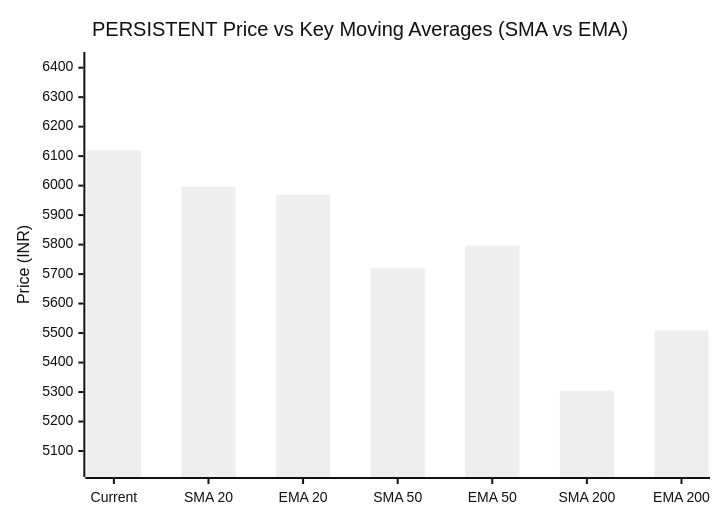
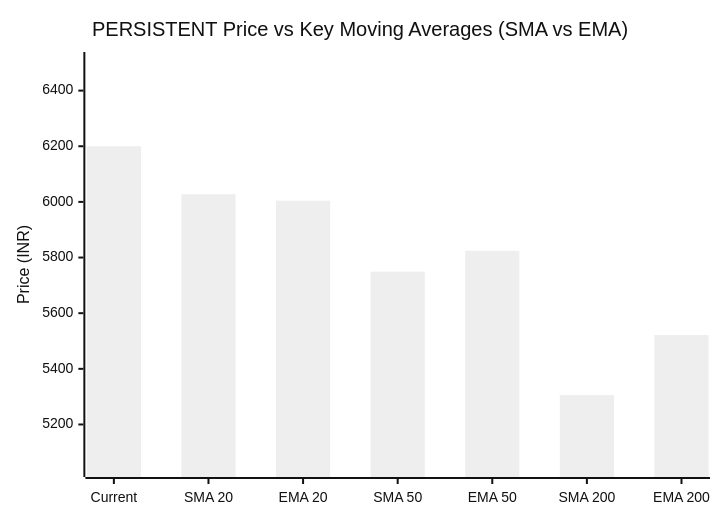
One commit to purnareddy9/dev changed the third of 3 diagrams in market-intelligence/stocks/PERSISTENT/README.md. Above: the diagram before and after it, drawn with Mermaid (neutral theme). The commit also changed other lines of this file and 4 other files, not shown here.

````diff
--- a/market-intelligence/stocks/PERSISTENT/README.md
+++ b/market-intelligence/stocks/PERSISTENT/README.md
@@ -104,7 +104,7 @@
 ```mermaid
 xychart-beta
     title "PERSISTENT Price vs Key Moving Averages (SMA vs EMA)"
     x-axis ["Current", "SMA 20", "EMA 20", "SMA 50", "EMA 50", "SMA 200", "EMA 200"]
-    y-axis "Price (INR)" 5039 --> 6426
-    bar [6120.0, 5995.7, 5969.6, 5721.44, 5796.42, 5304.66, 5508.89]
+    y-axis "Price (INR)" 5040 --> 6510
+    bar [6200.0, 6027.57, 6004.5, 5749.27, 5824.44, 5305.67, 5521.79]
 ```
````
